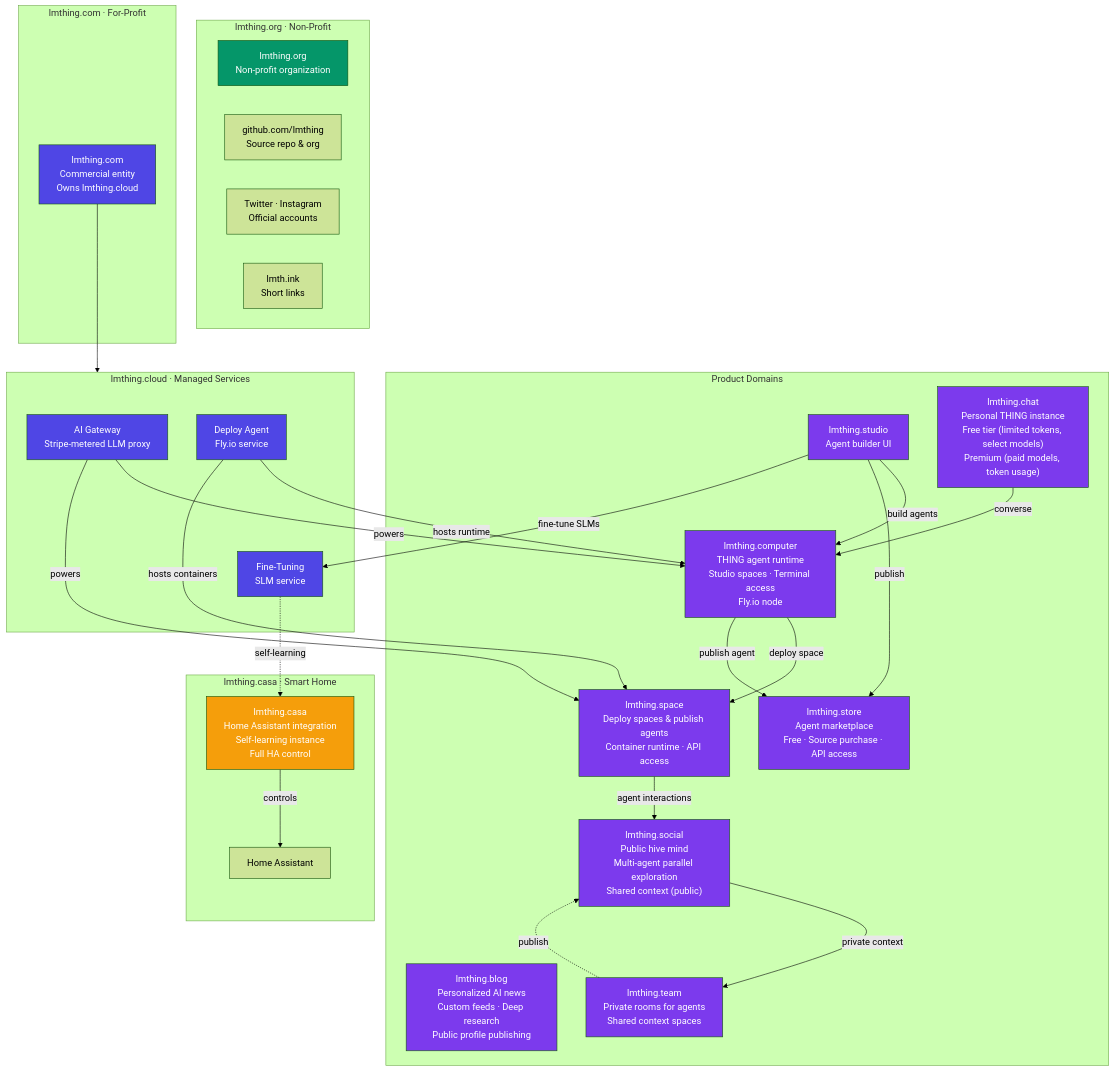
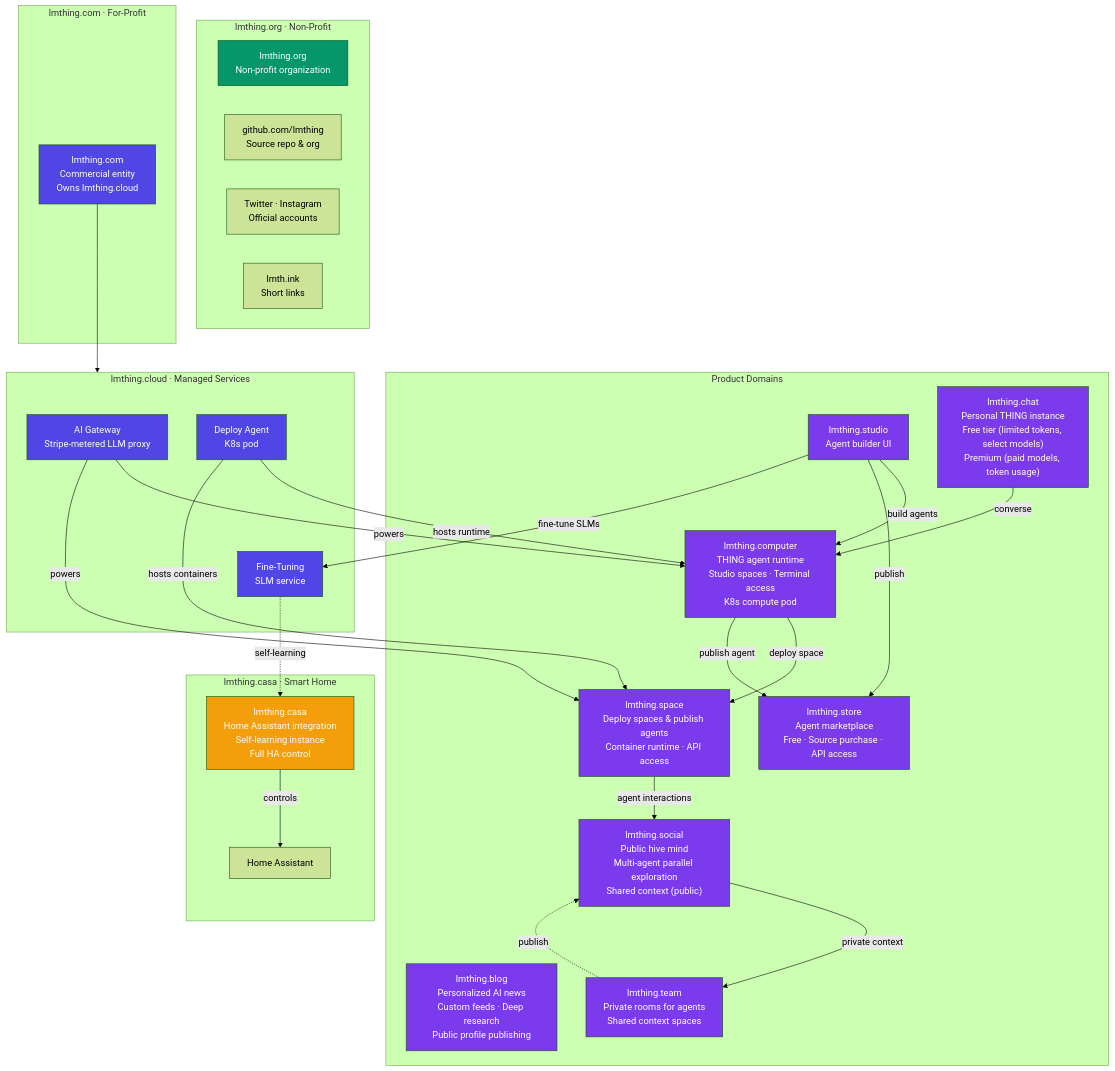
One commit to lmthing/lmthing changed the second of 12 diagrams in Architecture.md. Above: the diagram before and after it, drawn with Mermaid (forest theme). The commit also changed other lines of this file and 70 other files, not shown here.

````diff
--- a/Architecture.md
+++ b/Architecture.md
@@ -59,67 +59,67 @@
 ```mermaid
 graph TD
     subgraph NonProfit["lmthing.org · Non-Profit"]
         Org["lmthing.org<br/>Non-profit organization"]
         GH["github.com/lmthing<br/>Source repo & org"]
         SocialAccounts["Twitter · Instagram<br/>Official accounts"]
         Short["lmth.ink<br/>Short links"]
     end
 
     subgraph HomeAuto["lmthing.casa · Smart Home"]
         Casa["lmthing.casa<br/>Home Assistant integration<br/>Self-learning instance<br/>Full HA control"]
         HA["Home Assistant"]
         Casa -- "controls" --> HA
     end
 
     subgraph ForProfit["lmthing.com · For-Profit"]
         Com["lmthing.com<br/>Commercial entity<br/>Owns lmthing.cloud"]
     end
 
     subgraph Products["Product Domains"]
         Studio["lmthing.studio<br/>Agent builder UI"]
         Blog["lmthing.blog<br/>Personalized AI news<br/>Custom feeds · Deep research<br/>Public profile publishing"]
         Chat["lmthing.chat<br/>Personal THING instance<br/>Free tier (limited tokens, select models)<br/>Premium (paid models, token usage)"]
-        Computer["lmthing.computer<br/>THING agent runtime<br/>Studio spaces · Terminal access<br/>Fly.io node"]
+        Computer["lmthing.computer<br/>THING agent runtime<br/>Studio spaces · Terminal access<br/>K8s compute pod"]
         Space["lmthing.space<br/>Deploy spaces & publish agents<br/>Container runtime · API access"]
         Social["lmthing.social<br/>Public hive mind<br/>Multi-agent parallel exploration<br/>Shared context (public)"]
         Team["lmthing.team<br/>Private rooms for agents<br/>Shared context spaces"]
         Store["lmthing.store<br/>Agent marketplace<br/>Free · Source purchase · API access"]
     end
 
     subgraph CloudServices["lmthing.cloud · Managed Services"]
         Gateway["AI Gateway<br/>Stripe-metered LLM proxy"]
-        Deploy["Deploy Agent<br/>Fly.io service"]
+        Deploy["Deploy Agent<br/>K8s pod"]
         FineTune["Fine-Tuning<br/>SLM service"]
     end
 
     Com --> CloudServices
     Studio -- "build agents" --> Computer
     Studio -- "publish" --> Store
     Studio -- "fine-tune SLMs" --> FineTune
     Chat -- "converse" --> Computer
     Computer -- "deploy space" --> Space
     Computer -- "publish agent" --> Store
     Space -- "agent interactions" --> Social
     Social -- "private context" --> Team
     Team -. "publish" .-> Social
     Deploy -- "hosts runtime" --> Computer
     Deploy -- "hosts containers" --> Space
     Gateway -- "powers" --> Computer
     Gateway -- "powers" --> Space
     FineTune -. "self-learning" .-> Casa
 
     style Casa fill:#f59e0b,color:#fff
     style Com fill:#4f46e5,color:#fff
     style Org fill:#059669,color:#fff
     style Blog fill:#7c3aed,color:#fff
     style Studio fill:#7c3aed,color:#fff
     style Chat fill:#7c3aed,color:#fff
     style Computer fill:#7c3aed,color:#fff
     style Space fill:#7c3aed,color:#fff
     style Social fill:#7c3aed,color:#fff
     style Team fill:#7c3aed,color:#fff
     style Store fill:#7c3aed,color:#fff
     style Gateway fill:#4f46e5,color:#fff
     style Deploy fill:#4f46e5,color:#fff
     style FineTune fill:#4f46e5,color:#fff
 ```
````
